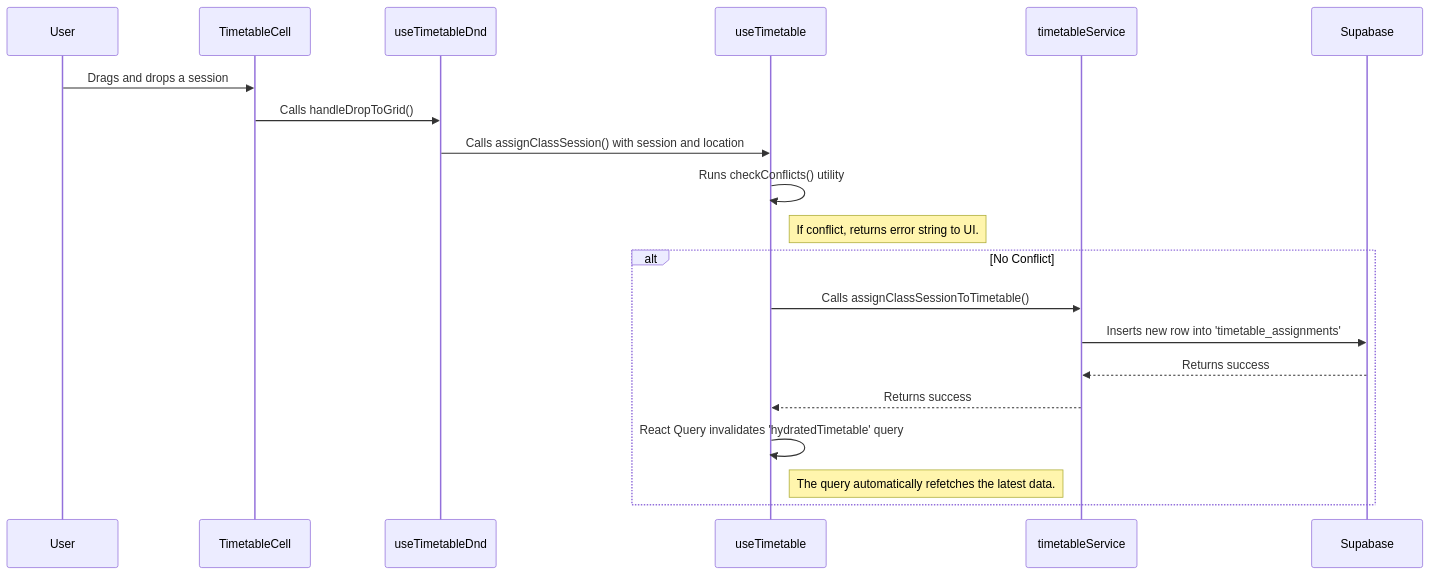
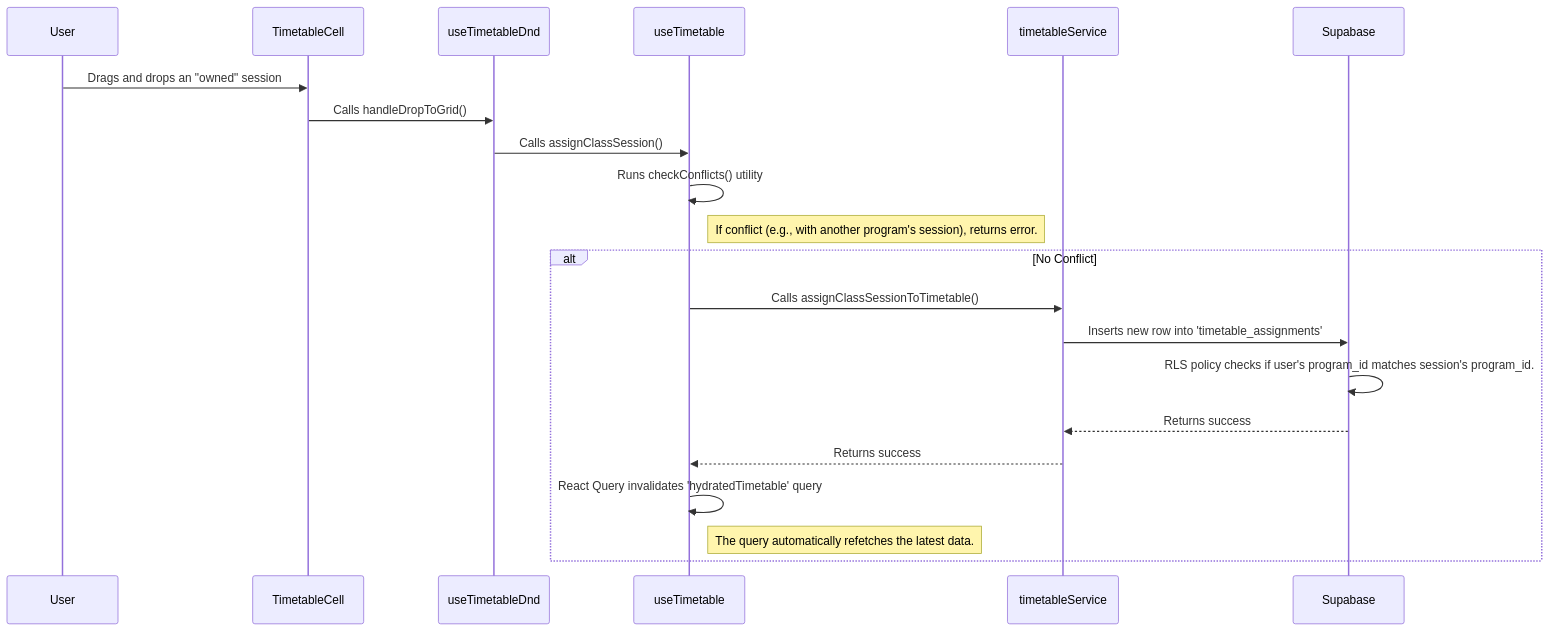
Before and after one commit to Wence024/ClassFlow: the diagram in docs/architecture.md, drawn with Mermaid. The commit also changed other lines of this file and 5 other files, not shown here.

````diff
--- a/docs/architecture.md
+++ b/docs/architecture.md
@@ -79,24 +69,25 @@
 ```mermaid
 sequenceDiagram
     participant User
     participant TimetableCell
     participant useTimetableDnd
     participant useTimetable
     participant timetableService
     participant Supabase
 
-    User->>TimetableCell: Drags and drops a session
+    User->>TimetableCell: Drags and drops an "owned" session
     TimetableCell->>useTimetableDnd: Calls handleDropToGrid()
-    useTimetableDnd->>useTimetable: Calls assignClassSession() with session and location
+    useTimetableDnd->>useTimetable: Calls assignClassSession()
     useTimetable->>useTimetable: Runs checkConflicts() utility
-    Note right of useTimetable: If conflict, returns error string to UI.
+    Note right of useTimetable: If conflict (e.g., with another program's session), returns error.
 
     alt No Conflict
         useTimetable->>timetableService: Calls assignClassSessionToTimetable()
         timetableService->>Supabase: Inserts new row into 'timetable_assignments'
+        Supabase->>Supabase: RLS policy checks if user's program_id matches session's program_id.
         Supabase-->>timetableService: Returns success
         timetableService-->>useTimetable: Returns success
         useTimetable->>useTimetable: React Query invalidates 'hydratedTimetable' query
         Note right of useTimetable: The query automatically refetches the latest data.
     end
 ```
````
